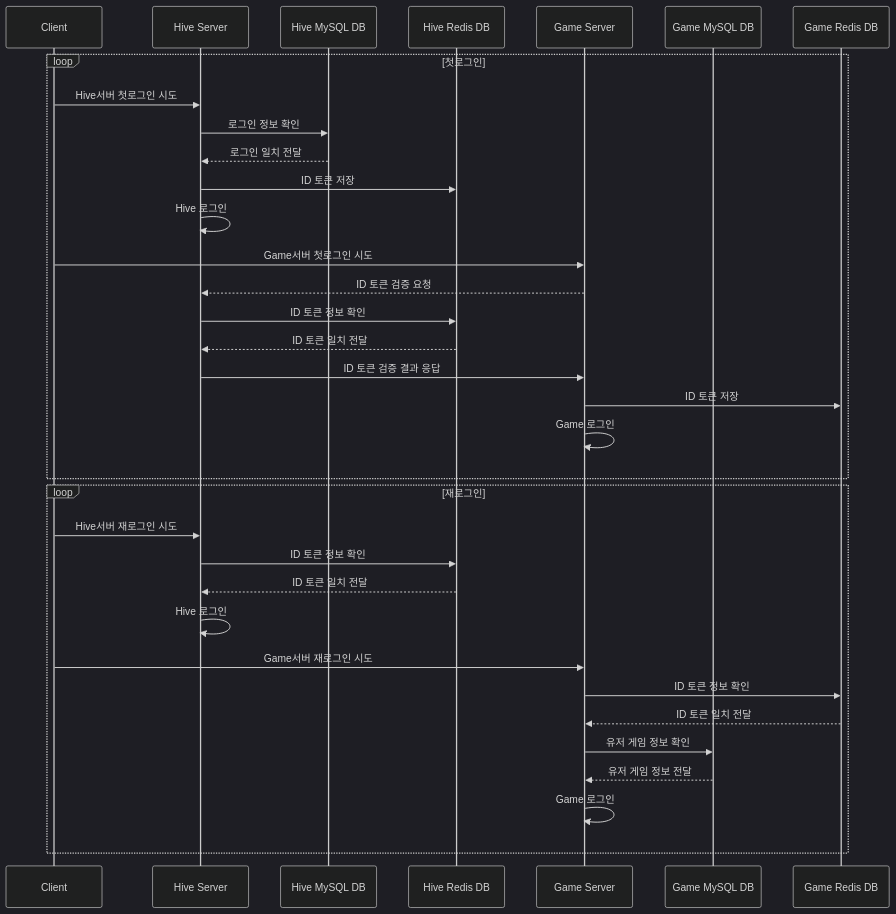
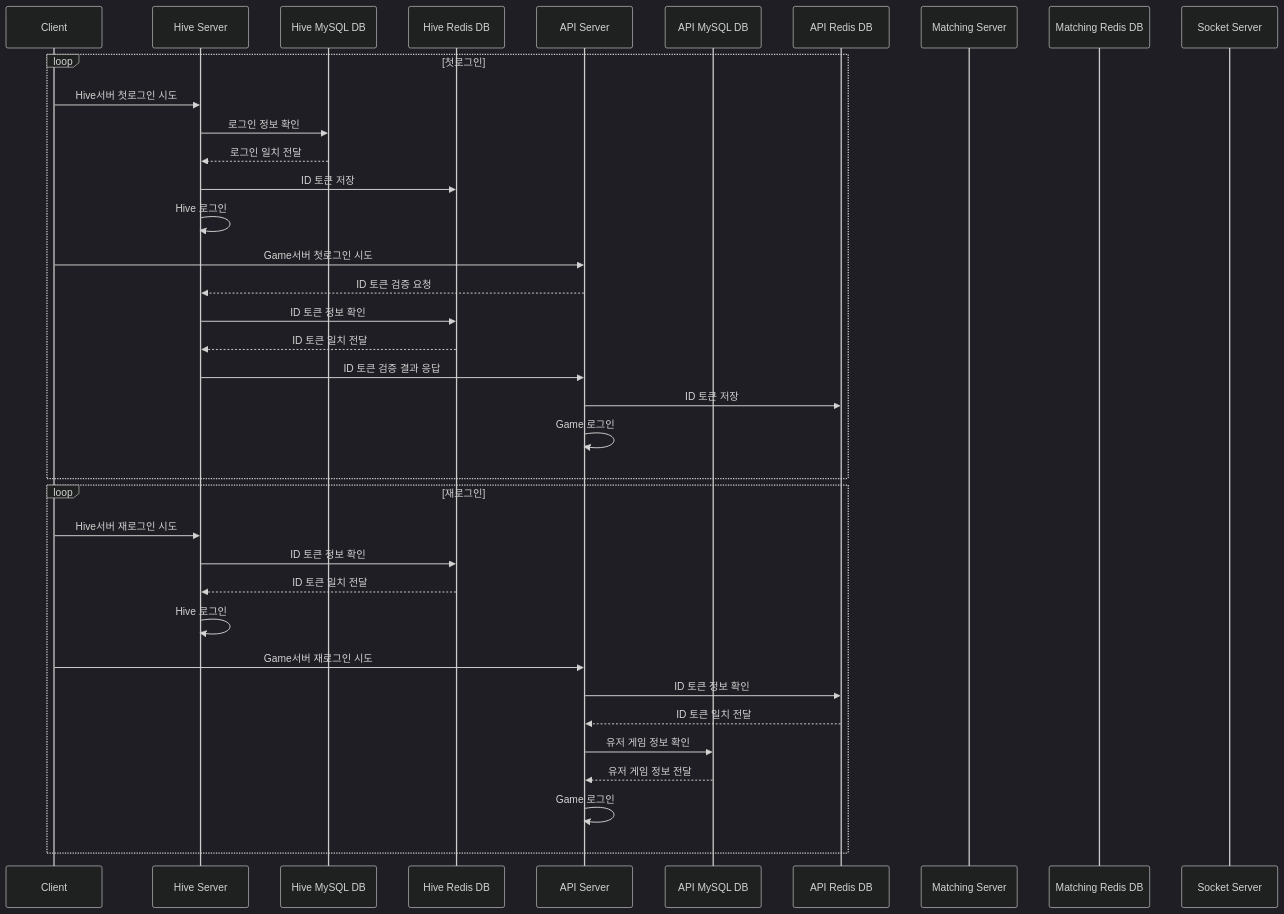
Before and after one commit to JANGJAGUAR/study-dotnet-apiserver: the diagram in SequenceDiagram.md, drawn with Mermaid (dark theme).

````diff
--- a/SequenceDiagram.md
+++ b/SequenceDiagram.md
@@ -2,40 +2,46 @@
 ```mermaid
 sequenceDiagram
     participant A as Client
     participant B as Hive Server
     participant C as Hive MySQL DB
     participant D as Hive Redis DB
-    participant E as Game Server
-    participant F as Game MySQL DB
-    participant G as Game Redis DB
+
+    participant E as API Server
+    participant F as API MySQL DB
+    participant G as API Redis DB
+
+    participant H as Matching Server
+    participant I as Matching Redis DB
+
+    participant J as Socket Server
 
     loop 첫로그인
         A->>B: Hive서버 첫로그인 시도 
         B->>C: 로그인 정보 확인
         C-->>B: 로그인 일치 전달 
         B->>D: ID 토큰 저장
         B->>B: Hive 로그인 
      
         A->>E: Game서버 첫로그인 시도
         E-->>B: ID 토큰 검증 요청
         B->>D: ID 토큰 정보 확인
         D-->>B: ID 토큰 일치 전달 
         B->>E: ID 토큰 검증 결과 응답
         E->>G: ID 토큰 저장
         E->>E: Game 로그인
     end
     loop 재로그인
         A->>B: Hive서버 재로그인 시도 
         B->>D: ID 토큰 정보 확인
         D-->>B: ID 토큰 일치 전달
         B->>B: Hive 로그인 
     
         A->>E: Game서버 재로그인 시도
         E->>G: ID 토큰 정보 확인
         G-->>E: ID 토큰 일치 전달
         E->>F: 유저 게임 정보 확인
         F-->>E: 유저 게임 정보 전달
         E->>E: Game 로그인
     end
 
 ```
````
